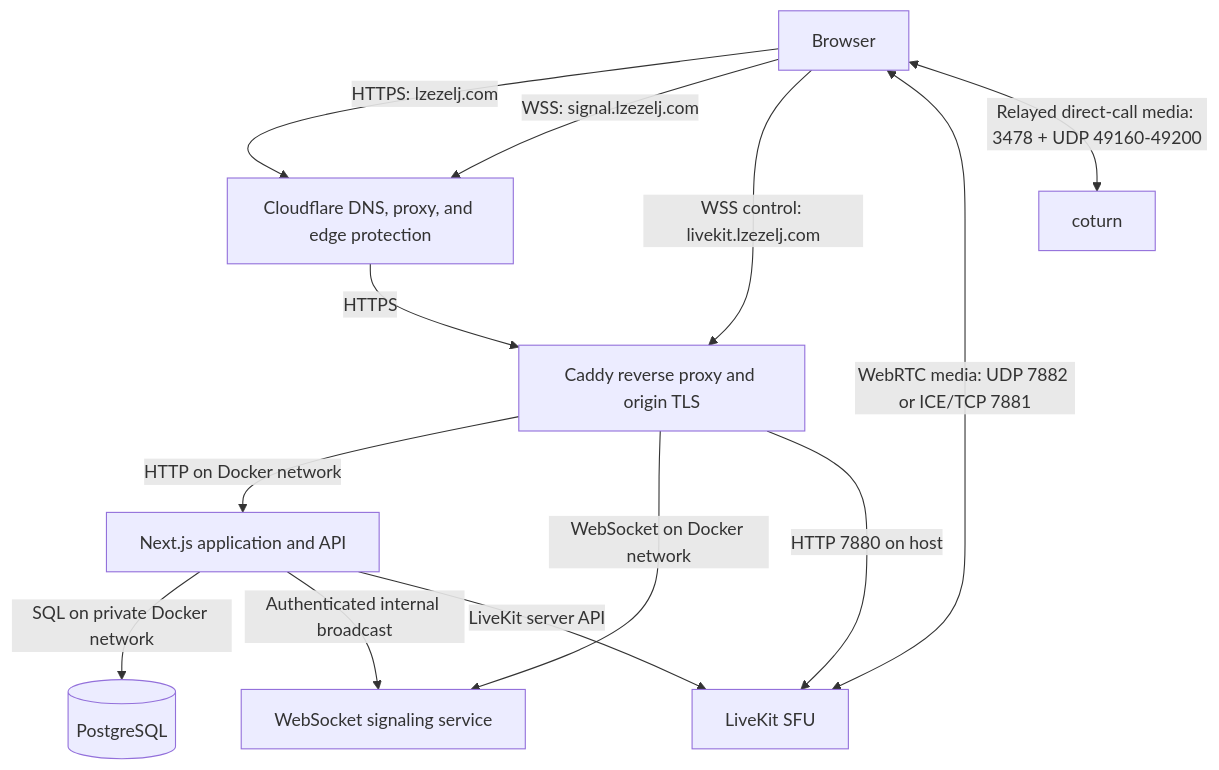
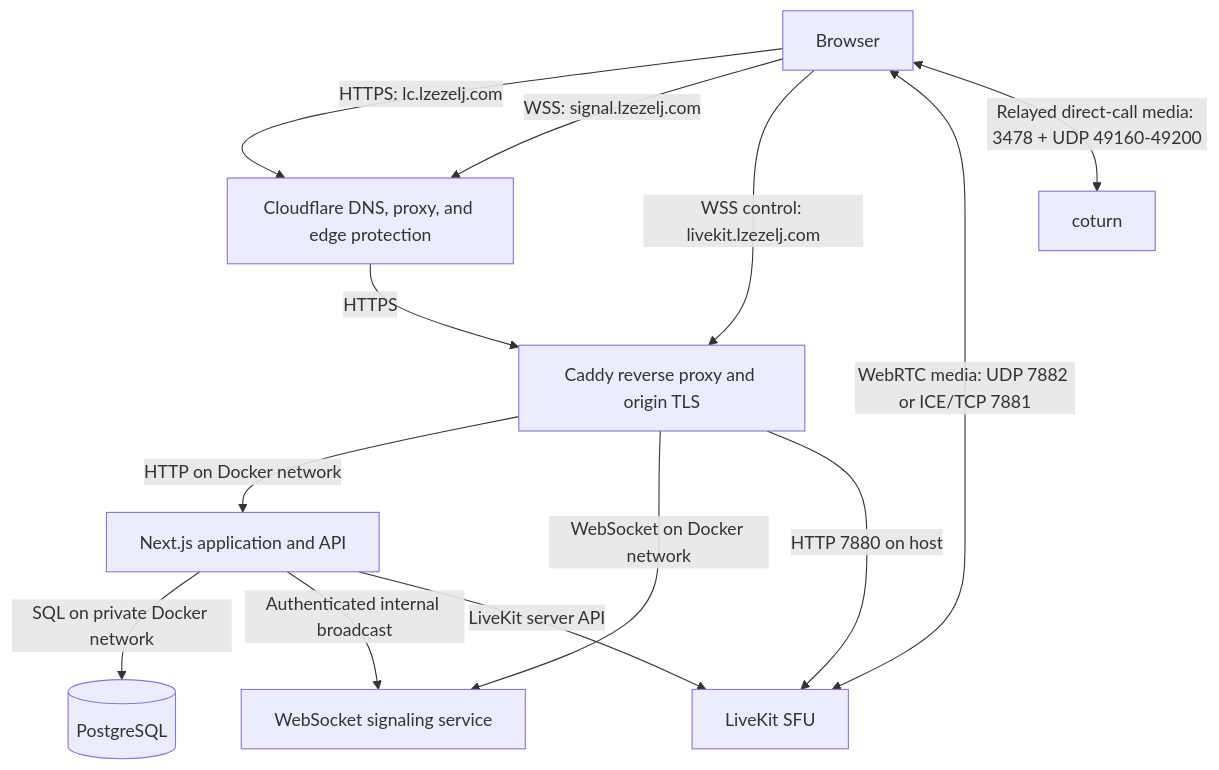
Before and after one commit to lzezelj/lc: the diagram in ARCHITECTURE.md, drawn with Mermaid. The commit also changed other lines of this file and 27 other files, not shown here.

````diff
--- a/ARCHITECTURE.md
+++ b/ARCHITECTURE.md
@@ -34,25 +37,25 @@
 ```mermaid
 flowchart TB
   browser[Browser]
   cloudflare[Cloudflare DNS, proxy, and edge protection]
   caddy[Caddy reverse proxy and origin TLS]
   app[Next.js application and API]
   signal[WebSocket signaling service]
   postgres[(PostgreSQL)]
   livekit[LiveKit SFU]
 
-  browser -->|HTTPS: lzezelj.com| cloudflare
+  browser -->|HTTPS: lc.lzezelj.com| cloudflare
   browser -->|WSS: signal.lzezelj.com| cloudflare
   cloudflare -->|HTTPS| caddy
   caddy -->|HTTP on Docker network| app
   caddy -->|WebSocket on Docker network| signal
 
   browser -->|WSS control: livekit.lzezelj.com| caddy
   browser <-->|WebRTC media: UDP 7882 or ICE/TCP 7881| livekit
   browser <-->|Relayed direct-call media: 3478 + UDP 49160-49200| turn[coturn]
   caddy -->|HTTP 7880 on host| livekit
 
   app -->|SQL on private Docker network| postgres
   app -->|Authenticated internal broadcast| signal
   app -->|LiveKit server API| livekit
 ```
````
